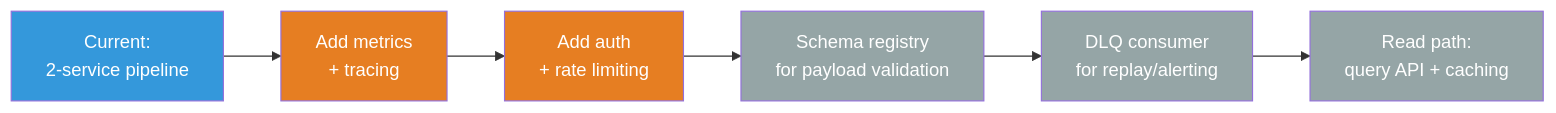
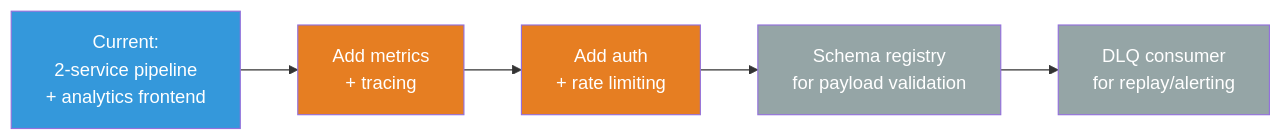
Before and after one commit to Karthik0000007/Event_Analytics_Platform: the sixth of 6 diagrams in ARCHITECTURE.md, drawn with Mermaid. The commit also changed other lines of this file and 1 other file, not shown here.

Commit message:
docs: update README and ARCHITECTURE with frontend documentation

````diff
--- a/ARCHITECTURE.md
+++ b/ARCHITECTURE.md
@@ -569,15 +718,13 @@
 ```mermaid
 graph LR
-    A[Current:<br/>2-service pipeline] --> B[Add metrics<br/>+ tracing]
+    A[Current:<br/>2-service pipeline<br/>+ analytics frontend] --> B[Add metrics<br/>+ tracing]
     B --> C[Add auth<br/>+ rate limiting]
     C --> D[Schema registry<br/>for payload validation]
     D --> E[DLQ consumer<br/>for replay/alerting]
-    E --> F[Read path:<br/>query API + caching]
 
     style A fill:#3498db,color:#fff
     style B fill:#e67e22,color:#fff
     style C fill:#e67e22,color:#fff
     style D fill:#95a5a6,color:#fff
     style E fill:#95a5a6,color:#fff
-    style F fill:#95a5a6,color:#fff
 ```
````
